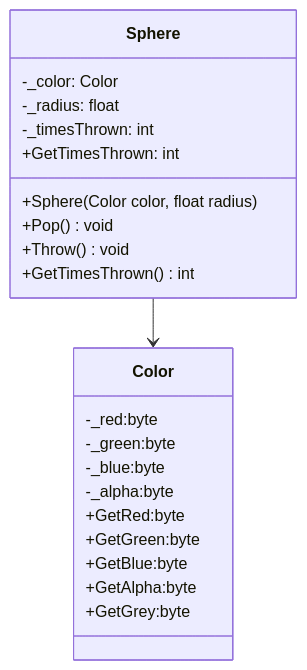
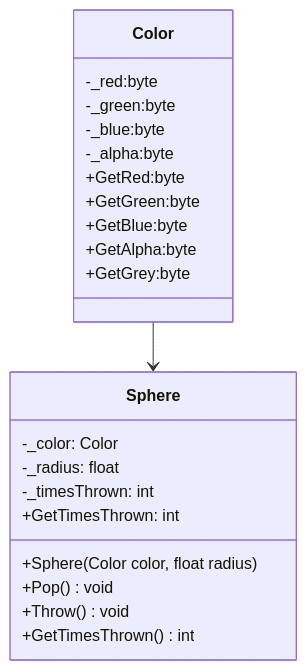
Before and after one commit to Diogo-M-Fonseca/LP1Semana07: the diagram in BetterColorSpheres/README.md, drawn with Mermaid.

Commit message:
README.md changes

````diff
--- a/BetterColorSpheres/README.md
+++ b/BetterColorSpheres/README.md
@@ -3,34 +3,34 @@
 ```mermaid
 classDiagram
     class Sphere {
     -_color: Color
     -_radius: float
     -_timesThrown: int
     +GetTimesThrown: int
 
     +Sphere(Color color, float radius)
     +Pop() void
     +Throw() void
     +GetTimesThrown() int
     
     }
 
     class Color {
         -_red:byte
         -_green:byte
         -_blue:byte
         -_alpha:byte
 
         +GetRed:byte
         +GetGreen:byte
         +GetBlue:byte
         +GetAlpha:byte
         +GetGrey:byte
     }
 
-    Sphere --> Color
+    Color --> Sphere
 
 
 
 
 ```
````
